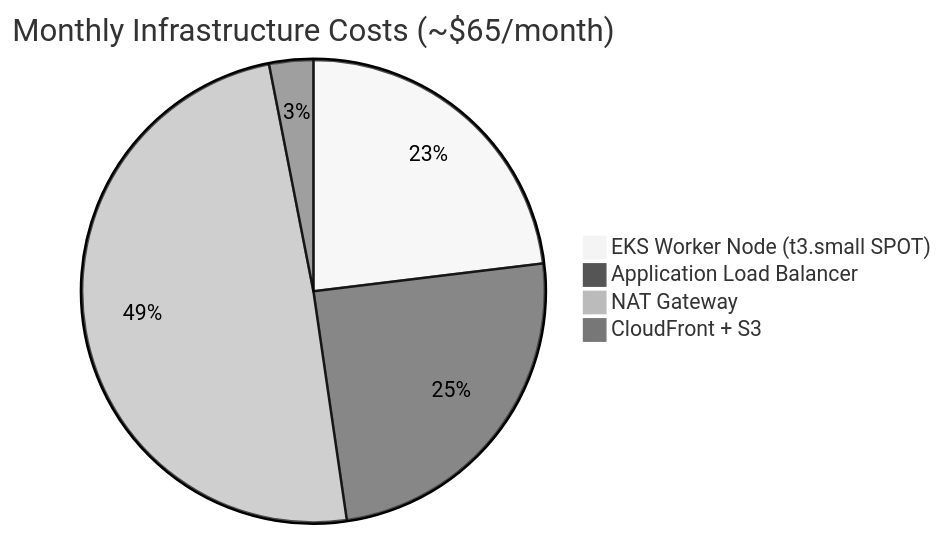
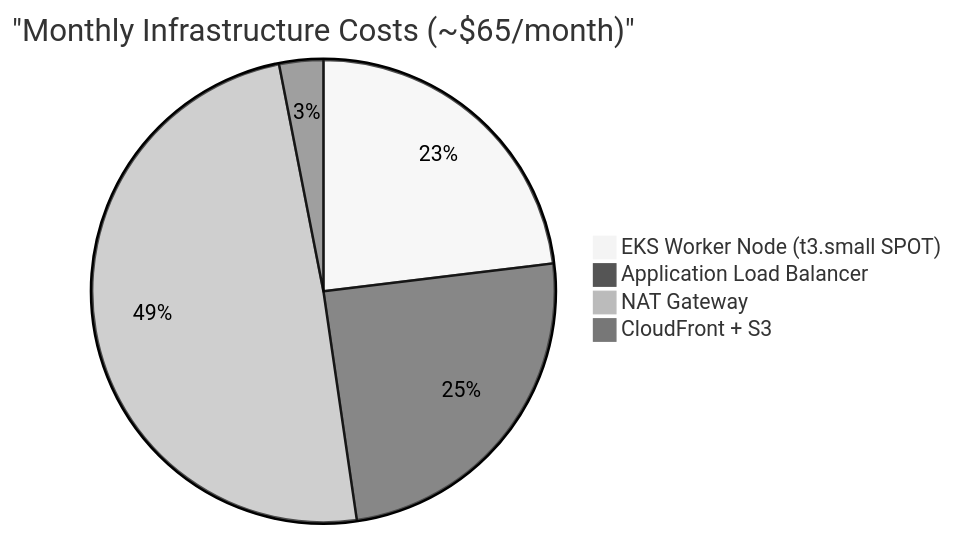
One commit to vishwaraja/farmers-market-infra changed the fifth of 5 diagrams in README.md. Above: the diagram before and after it, drawn with Mermaid (neutral theme). The commit also changed other lines of this file, not shown here.

First line of the commit message:
fix: Correct Mermaid syntax for GitHub rendering

````diff
--- a/README.md
+++ b/README.md
@@ -374,7 +374,7 @@
 ```mermaid
-pie title Monthly Infrastructure Costs (~$65/month)
+pie title "Monthly Infrastructure Costs (~$65/month)"
     "EKS Worker Node (t3.small SPOT)" : 15
     "Application Load Balancer" : 16
     "NAT Gateway" : 32
     "CloudFront + S3" : 2
 ```
````
